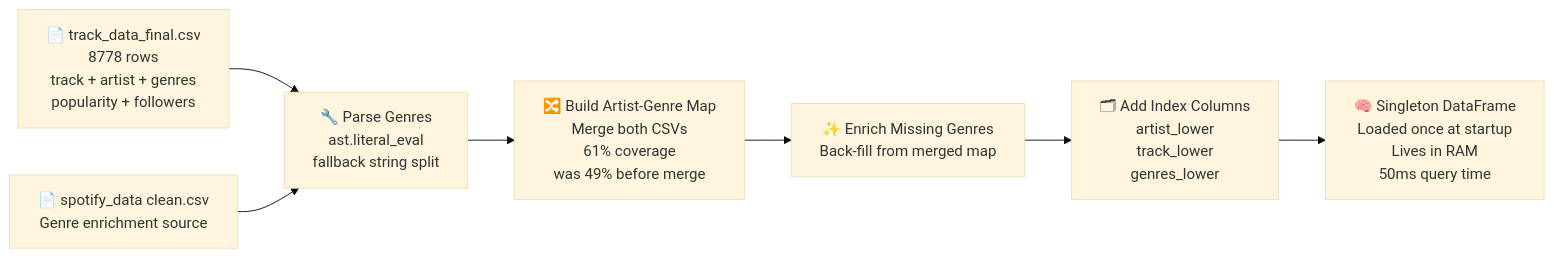
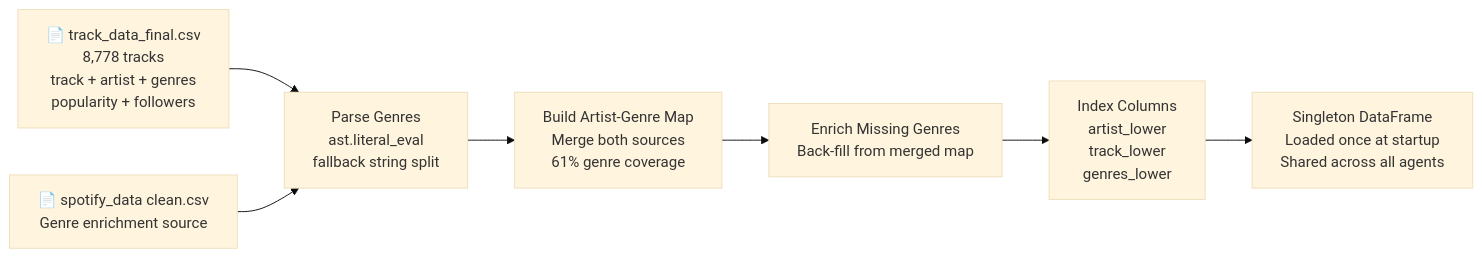
The seventh of 9 diagrams in README.md (Ashutosh-177/ManTarang-AI-Powered-Music-Recommendation-System), drawn with Mermaid (base theme) before and after one commit. The commit also changed other lines of this file, not shown here.

Commit message:
Rewrite README: 4-agent agentic AI architecture, remove CSV references

````diff
--- a/README.md
+++ b/README.md
@@ -155,18 +197,18 @@
 ```mermaid
 flowchart LR
-    CSV1["📄 track_data_final.csv\n8778 rows\ntrack + artist + genres\npopularity + followers"]
+    CSV1["📄 track_data_final.csv\n8,778 tracks\ntrack + artist + genres\npopularity + followers"]
     CSV2["📄 spotify_data clean.csv\nGenre enrichment source"]
 
-    PARSE["🔧 Parse Genres\nast.literal_eval\nfallback string split"]
-    MERGE["🔀 Build Artist-Genre Map\nMerge both CSVs\n61% coverage\nwas 49% before merge"]
-    ENRICH["✨ Enrich Missing Genres\nBack-fill from merged map"]
-    INDEX["🗂 Add Index Columns\nartist_lower\ntrack_lower\ngenres_lower"]
-    RAM["🧠 Singleton DataFrame\nLoaded once at startup\nLives in RAM\n50ms query time"]
+    PARSE["Parse Genres\nast.literal_eval\nfallback string split"]
+    MERGE["Build Artist-Genre Map\nMerge both sources\n61% genre coverage"]
+    ENRICH["Enrich Missing Genres\nBack-fill from merged map"]
+    INDEX["Index Columns\nartist_lower\ntrack_lower\ngenres_lower"]
+    RAM["Singleton DataFrame\nLoaded once at startup\nShared across all agents"]
 
     CSV1 --> PARSE
     CSV2 --> PARSE
     PARSE --> MERGE
     MERGE --> ENRICH
     ENRICH --> INDEX
     INDEX --> RAM
 ```
````
